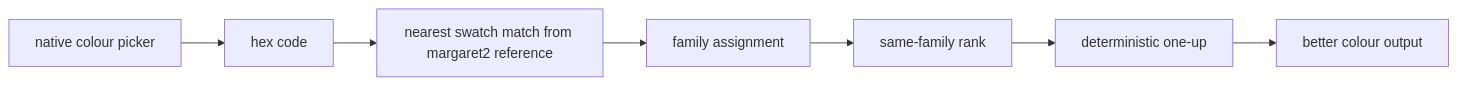
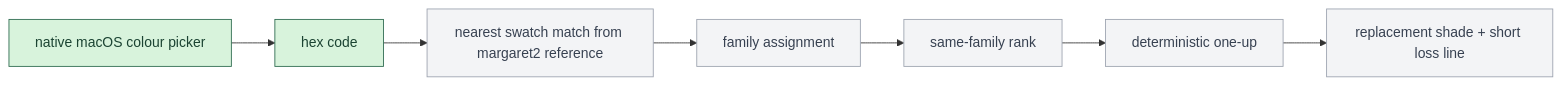
The diagram in docs/diagrams/PIPELINE.md (tryskian/huemiliator), drawn with Mermaid before and after one commit. The commit also changed other lines of this file and 11 other files, not shown here.

Commit message:
Add macOS picker kernel (#21)

````diff
--- a/docs/diagrams/PIPELINE.md
+++ b/docs/diagrams/PIPELINE.md
@@ -8,12 +8,17 @@
 ```mermaid
 flowchart LR
-  A["native colour picker"]
+  A["native macOS colour picker"]
   B["hex code"]
   C["nearest swatch match from margaret2 reference"]
   D["family assignment"]
   E["same-family rank"]
   F["deterministic one-up"]
-  G["better colour output"]
+  G["replacement shade + short loss line"]
 
   A --> B --> C --> D --> E --> F --> G
+
+  classDef implemented fill:#d8f3dc,stroke:#2d6a4f,color:#1b4332
+  classDef pending fill:#f3f4f6,stroke:#9ca3af,color:#374151
+  class A,B implemented
+  class C,D,E,F,G pending
 ```
````
